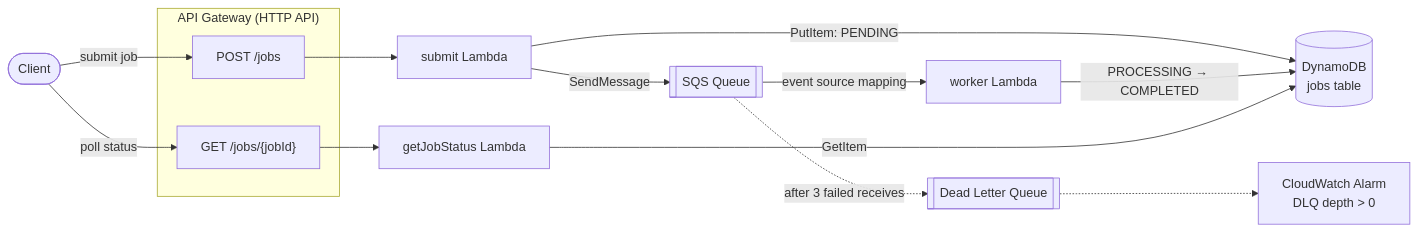
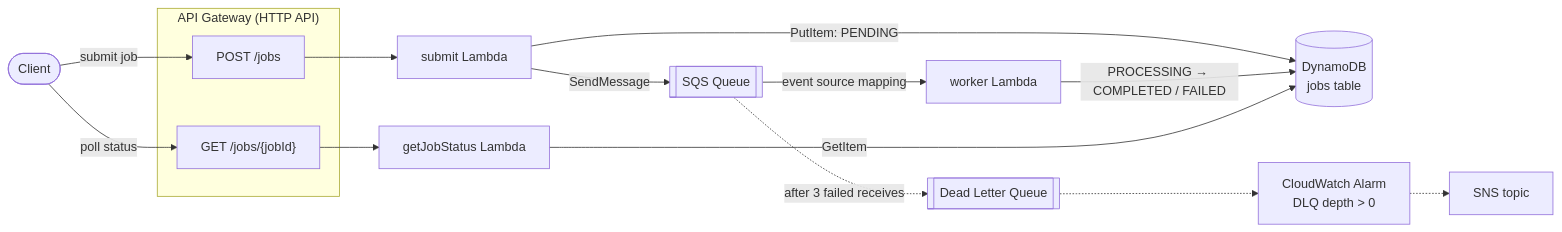
One commit to jaxjoelliott/aws-job-status-api changed the first of 2 diagrams in docs/architecture-diagram.md. Above: the diagram before and after it, drawn with Mermaid. The commit also changed other lines of this file and 11 other files, not shown here.

First line of the commit message:
fix: worker retry/idempotency, submit robustness, alarm notifications

````diff
--- a/docs/architecture-diagram.md
+++ b/docs/architecture-diagram.md
@@ -3,27 +3,28 @@
 ```mermaid
 flowchart LR
     Client([Client])
 
     subgraph API["API Gateway (HTTP API)"]
         POST["POST /jobs"]
         GET["GET /jobs/{jobId}"]
     end
 
     Submit["submit Lambda"]
     Status["getJobStatus Lambda"]
     Worker["worker Lambda"]
     Queue[["SQS Queue"]]
     DLQ[["Dead Letter Queue"]]
     DB[("DynamoDB<br/>jobs table")]
     Alarm["CloudWatch Alarm<br/>DLQ depth > 0"]
 
     Client -->|submit job| POST --> Submit
     Client -->|poll status| GET --> Status
     Submit -->|PutItem: PENDING| DB
     Submit -->|SendMessage| Queue
     Queue -->|event source mapping| Worker
-    Worker -->|PROCESSING → COMPLETED| DB
+    Worker -->|PROCESSING → COMPLETED / FAILED| DB
     Status -->|GetItem| DB
     Queue -.->|after 3 failed receives| DLQ
     DLQ -.-> Alarm
+    Alarm -.-> SNS["SNS topic"]
 ```
````
